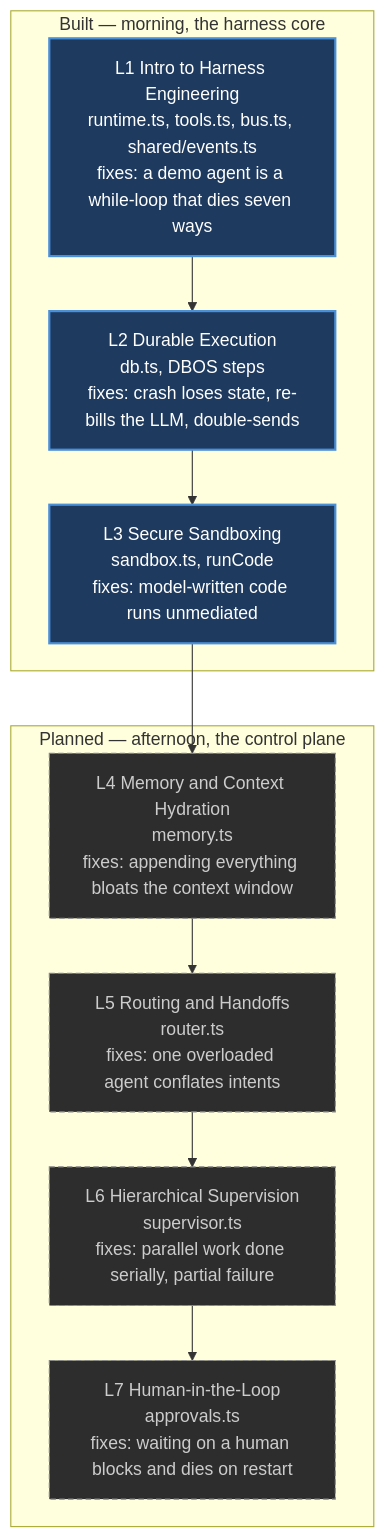
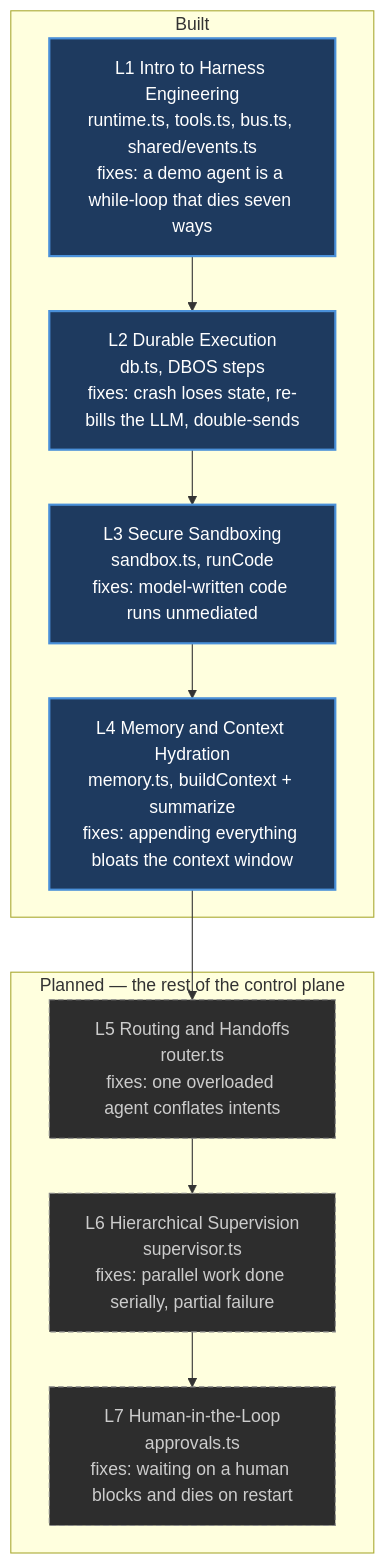
One commit to ATakaSKY/harness-learning changed the sixth of 6 diagrams in ARCHITECTURE.md. Above: the diagram before and after it, drawn with Mermaid. The commit also changed other lines of this file and 5 other files, not shown here.

First line of the commit message:
memory: bounded context via compaction and hydration

````diff
--- a/ARCHITECTURE.md
+++ b/ARCHITECTURE.md
@@ -181,22 +240,22 @@
 ```mermaid
 flowchart TD
-    subgraph BUILT["Built — morning, the harness core"]
+    subgraph BUILT["Built"]
         L1["L1 Intro to Harness Engineering<br/>runtime.ts, tools.ts, bus.ts, shared/events.ts<br/>fixes: a demo agent is a while-loop that dies seven ways"]
         L2["L2 Durable Execution<br/>db.ts, DBOS steps<br/>fixes: crash loses state, re-bills the LLM, double-sends"]
         L3["L3 Secure Sandboxing<br/>sandbox.ts, runCode<br/>fixes: model-written code runs unmediated"]
+        L4["L4 Memory and Context Hydration<br/>memory.ts, buildContext + summarize<br/>fixes: appending everything bloats the context window"]
     end
 
-    subgraph TODO["Planned — afternoon, the control plane"]
-        L4["L4 Memory and Context Hydration<br/>memory.ts<br/>fixes: appending everything bloats the context window"]
+    subgraph TODO["Planned — the rest of the control plane"]
         L5["L5 Routing and Handoffs<br/>router.ts<br/>fixes: one overloaded agent conflates intents"]
         L6["L6 Hierarchical Supervision<br/>supervisor.ts<br/>fixes: parallel work done serially, partial failure"]
         L7["L7 Human-in-the-Loop<br/>approvals.ts<br/>fixes: waiting on a human blocks and dies on restart"]
     end
 
     L1 --> L2 --> L3 --> L4 --> L5 --> L6 --> L7
 
     classDef built fill:#1e3a5f,stroke:#4a90d9,stroke-width:2px,color:#fff
     classDef planned fill:#2d2d2d,stroke:#888,stroke-dasharray:5 3,color:#ccc
-    class L1,L2,L3 built
-    class L4,L5,L6,L7 planned
+    class L1,L2,L3,L4 built
+    class L5,L6,L7 planned
 ```
````
